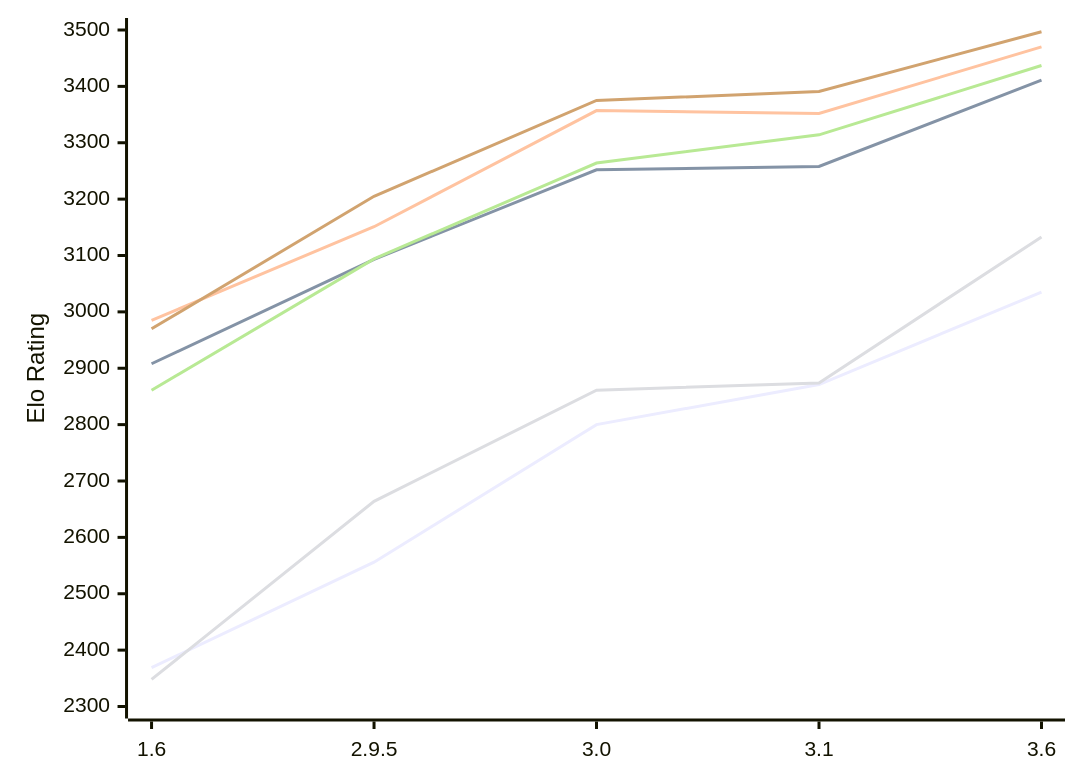
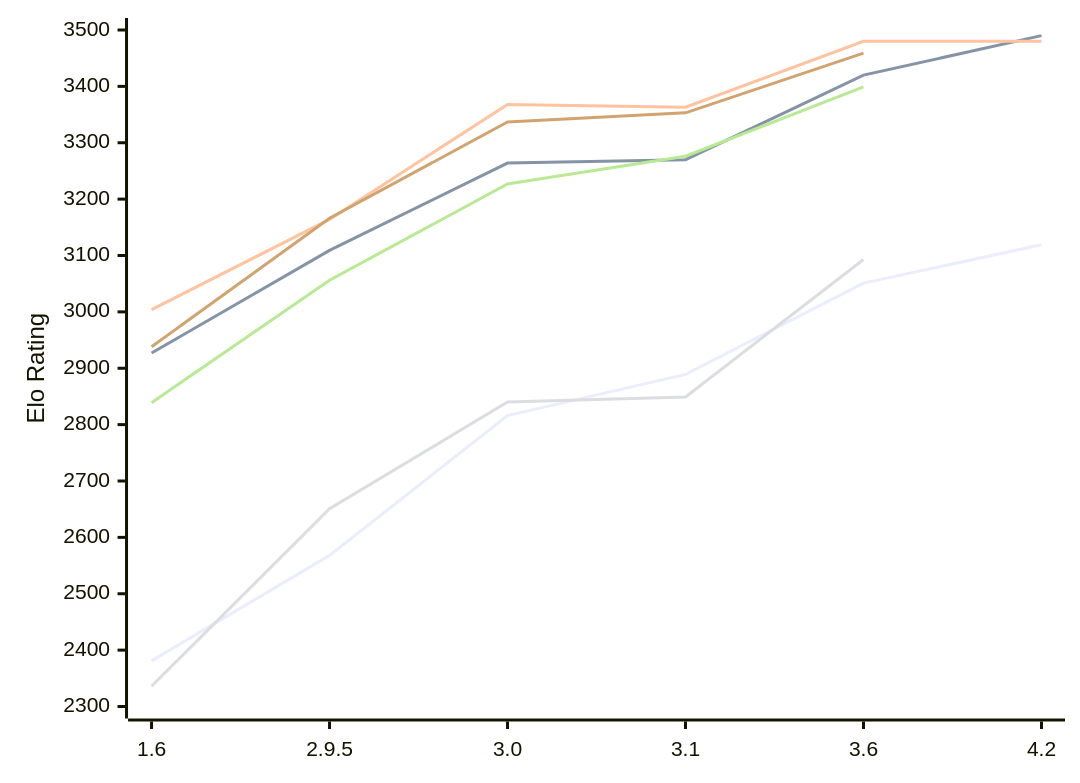
One commit to computer-chess-index/cci changed the diagram in engines/Chessenger.md. Above: the diagram before and after it, drawn with Mermaid. The commit also changed other lines of this file, not shown here.

Commit message:
Update CCI Ratings (ELO VLTC) - 2026-11-14

````diff
--- a/engines/Chessenger.md
+++ b/engines/Chessenger.md
@@ -55,12 +56,12 @@
 ```mermaid
 %%{init: {"theme":"base","themeVariables":{"seriesColors:['#a3a3a3','#222221','#faa371']}}}%%
 xychart-beta
-  x-axis ["1.6", "2.9.5", "3.0", "3.1", "3.6"]
+  x-axis ["1.6", "2.9.5", "3.0", "3.1", "3.6", "4.2"]
   y-axis "Elo Rating" 2300 --> 3500
-  line "E1: STC (8.0+0.08s)" [2369, 2556, 2800, 2871, 3035]
-  line "E1: LTC (60.0+0.60s)" [2908, 3093, 3252, 3258, 3411]
-  line "E1: VLTC (2m24s+1.12s)" [2985, 3151, 3357, 3352, 3470]
-  line "P1: STC (8.0+0.08s)" [2348, 2664, 2861, 2874, 3133]
-  line "P1: LTC (60.0+0.60s)" [2861, 3094, 3264, 3314, 3437]
-  line "P1: VLTC (2m24s+1.12s)" [2970, 3205, 3375, 3391, 3497]
+  line "E1: STC (8.0+0.08s)" [2381, 2568, 2816, 2889, 3051, 3119]
+  line "E1: LTC (60.0+0.60s)" [2927, 3109, 3264, 3270, 3420, 3490]
+  line "E1: VLTC (2m24s+1.12s)" [3004, 3164, 3368, 3363, 3480, 3480]
+  line "P1: STC (8.0+0.08s)" [2336, 2651, 2840, 2849, 3093]
+  line "P1: LTC (60.0+0.60s)" [2839, 3056, 3227, 3276, 3399]
+  line "P1: VLTC (2m24s+1.12s)" [2938, 3166, 3337, 3353, 3459]
 ```
````
